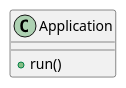
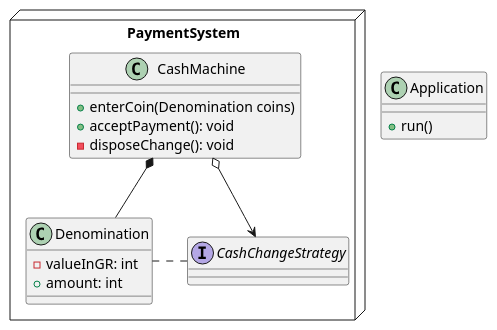
The diagram in uml/main_uml.puml (CKTA00/TO_proj), drawn with PlantUML before and after one commit.

Commit message:
UML: Added payment system.

```diff
--- a/uml/main_uml.puml
+++ b/uml/main_uml.puml
@@ -1,8 +1,38 @@
 @startuml
 
 class Application
 {
     +run()
 }
 
+
+
+node PaymentSystem{
+   class CashMachine
+   {
+       +enterCoin(Denomination coins)
+       +acceptPayment(): void
+       -disposeChange(): void
+   }
+
+   class Denomination
+   {
+       -valueInGR: int
+       +amount: int
+   }
+
+   interface CashChangeStrategy
+   {
+
+   }
+}
+
+
+
+
+
+CashMachine o--> CashChangeStrategy
+CashMachine *-- Denomination
+Denomination . CashChangeStrategy
+
 @enduml
```
